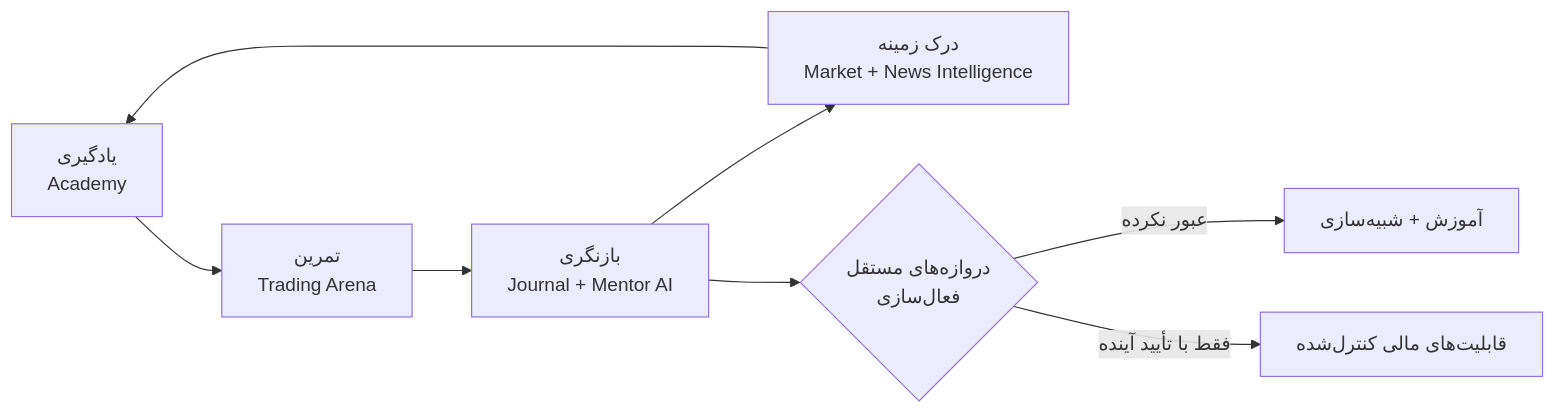
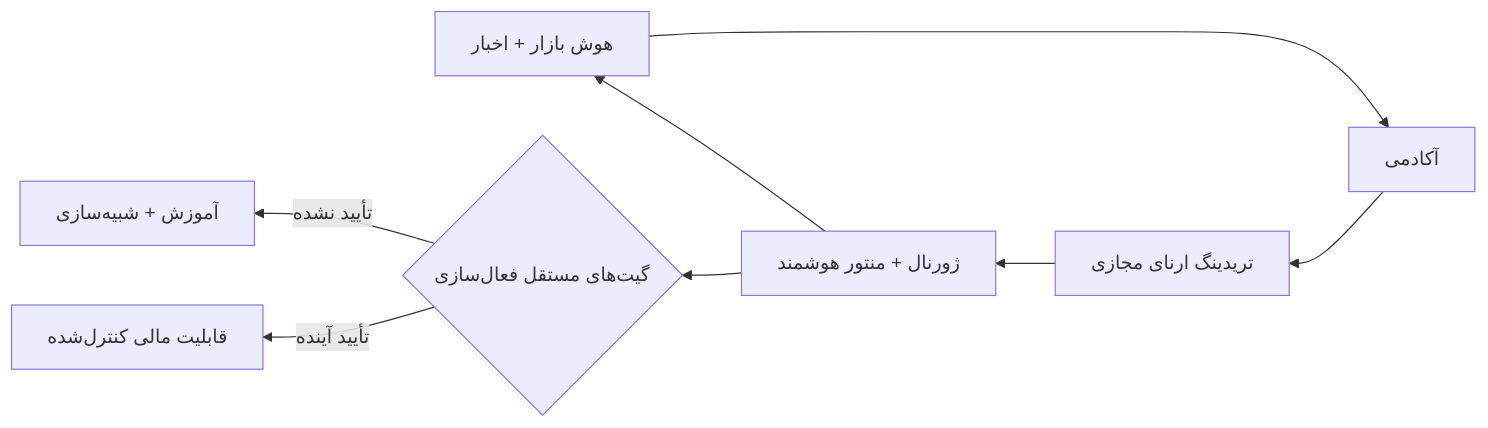
The diagram in README.fa.md (tecpey/Tecpey-Os), drawn with Mermaid before and after one commit. The commit also changed other lines of this file, not shown here.

````diff
--- a/README.fa.md
+++ b/README.fa.md
@@ -28,10 +61,10 @@
 ```mermaid
-flowchart LR
-    A[یادگیری\nAcademy] --> B[تمرین\nTrading Arena]
-    B --> C[بازنگری\nJournal + Mentor AI]
-    C --> D[درک زمینه\nMarket + News Intelligence]
+flowchart RL
+    A[آکادمی] --> B[تریدینگ ارنای مجازی]
+    B --> C[ژورنال + منتور هوشمند]
+    C --> D[هوش بازار + اخبار]
     D --> A
-    C --> E{دروازه‌های مستقل\nفعال‌سازی}
-    E -->|عبور نکرده| F[آموزش + شبیه‌سازی]
-    E -->|فقط با تأیید آینده| G[قابلیت‌های مالی کنترل‌شده]
+    C --> E{گیت‌های مستقل فعال‌سازی}
+    E -->|تأیید نشده| F[آموزش + شبیه‌سازی]
+    E -->|تأیید آینده| G[قابلیت مالی کنترل‌شده]
 ```
````
